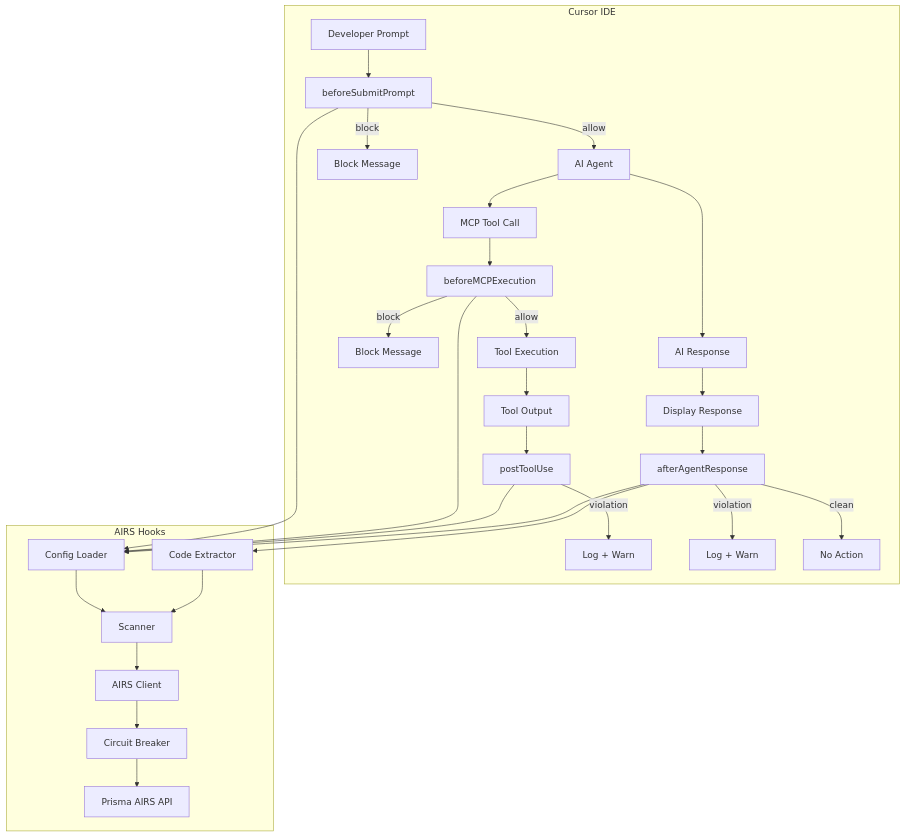
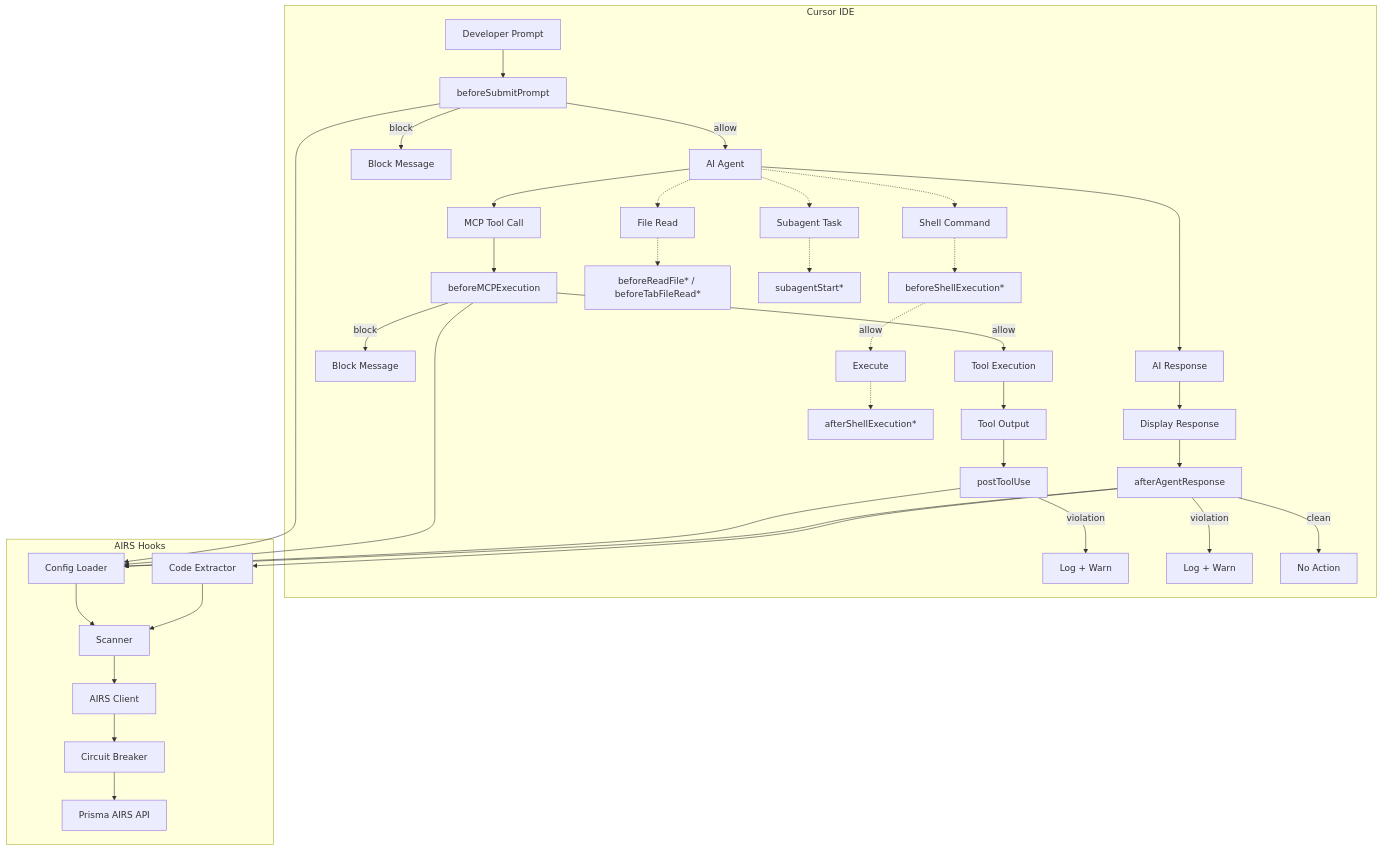
The diagram in docs-site/docs/architecture/overview.mdx (cdot65/prisma-airs-cursor-hooks), drawn with Mermaid before and after one commit. The commit also changed other lines of this file and 6 other files, not shown here.

````diff
--- a/docs-site/docs/architecture/overview.mdx
+++ b/docs-site/docs/architecture/overview.mdx
@@ -9,34 +9,39 @@
 ```mermaid
 flowchart TB
     subgraph Cursor IDE
         A[Developer Prompt] --> B[beforeSubmitPrompt]
         B -->|allow| C[AI Agent]
         B -->|block| D[Block Message]
         C --> T[MCP Tool Call]
         T --> U[beforeMCPExecution]
         U -->|allow| V[Tool Execution]
         U -->|block| W[Block Message]
         V --> X[Tool Output]
         X --> Y[postToolUse]
         Y -->|violation| Z[Log + Warn]
         C --> E[AI Response]
         E --> G[Display Response]
         G --> F[afterAgentResponse]
         F -->|violation| H[Log + Warn]
         F -->|clean| I2[No Action]
+        C -.-> S1[Shell Command]
+        S1 -.-> S2[beforeShellExecution*]
+        S2 -.->|allow| S3[Execute] -.-> S4[afterShellExecution*]
+        C -.-> R1[File Read] -.-> R2[beforeReadFile* / beforeTabFileRead*]
+        C -.-> G1[Subagent Task] -.-> G2[subagentStart*]
     end
 
     subgraph AIRS Hooks
         B --> I[Config Loader]
         I --> J[Scanner]
         J --> K[AIRS Client]
         K --> L[Circuit Breaker]
         L --> M[Prisma AIRS API]
 
         U --> I
         Y --> I
         F --> I
         F --> N[Code Extractor]
         N --> J
     end
 ```
````
